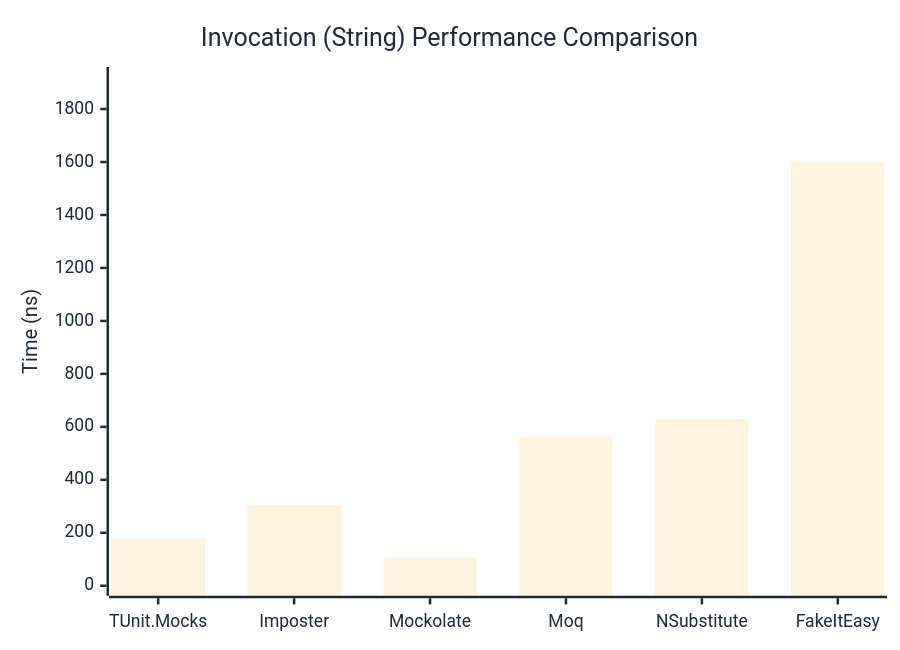
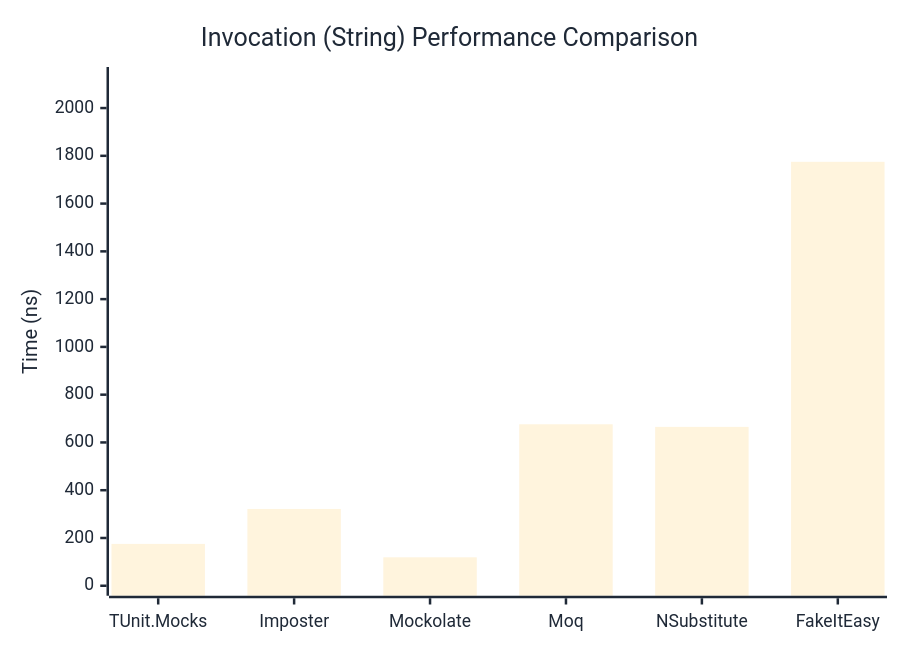
Before and after one commit to thomhurst/TUnit: the second of 3 diagrams in docs/docs/benchmarks/mocks/Invocation.md, drawn with Mermaid. The commit also changed other lines of this file and 14 other files, not shown here.

````diff
--- a/docs/docs/benchmarks/mocks/Invocation.md
+++ b/docs/docs/benchmarks/mocks/Invocation.md
@@ -71,27 +71,27 @@
 ```mermaid
 %%{init: {
   'theme':'base',
   'themeVariables': {
     'primaryColor': '#2563eb',
     'primaryTextColor': '#1f2937',
     'primaryBorderColor': '#1e40af',
     'lineColor': '#6b7280',
     'secondaryColor': '#7c3aed',
     'tertiaryColor': '#dc2626',
     'background': '#ffffff',
     'pie1': '#2563eb',
     'pie2': '#7c3aed',
     'pie3': '#dc2626',
     'pie4': '#f59e0b',
     'pie5': '#10b981',
     'pie6': '#06b6d4',
     'pie7': '#ec4899',
     'pie8': '#6366f1'
   }
 }}%%
 xychart-beta
   title "Invocation (String) Performance Comparison"
   x-axis ["TUnit.Mocks", "Imposter", "Mockolate", "Moq", "NSubstitute", "FakeItEasy"]
-  y-axis "Time (ns)" 0 --> 1921
-  bar [176.1, 304.9, 106.8, 563.4, 628.9, 1600.1]
+  y-axis "Time (ns)" 0 --> 2130
+  bar [175.2, 321.5, 119.1, 676, 665.2, 1774.9]
 ```
````
